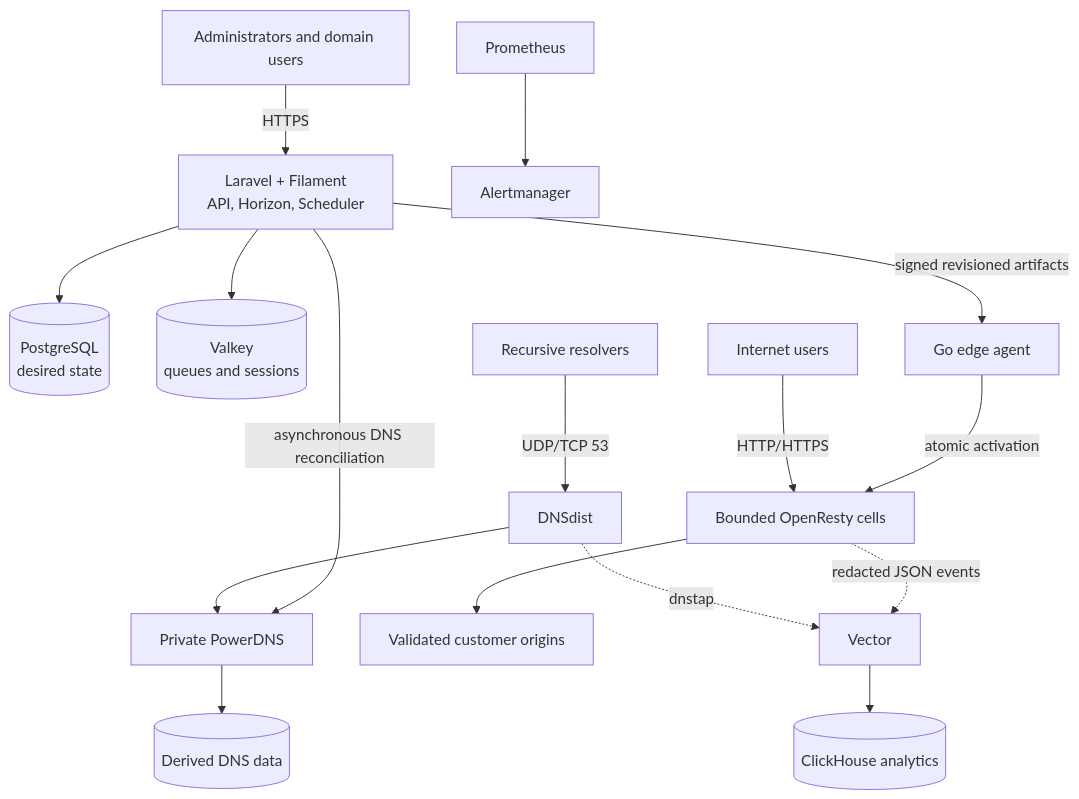
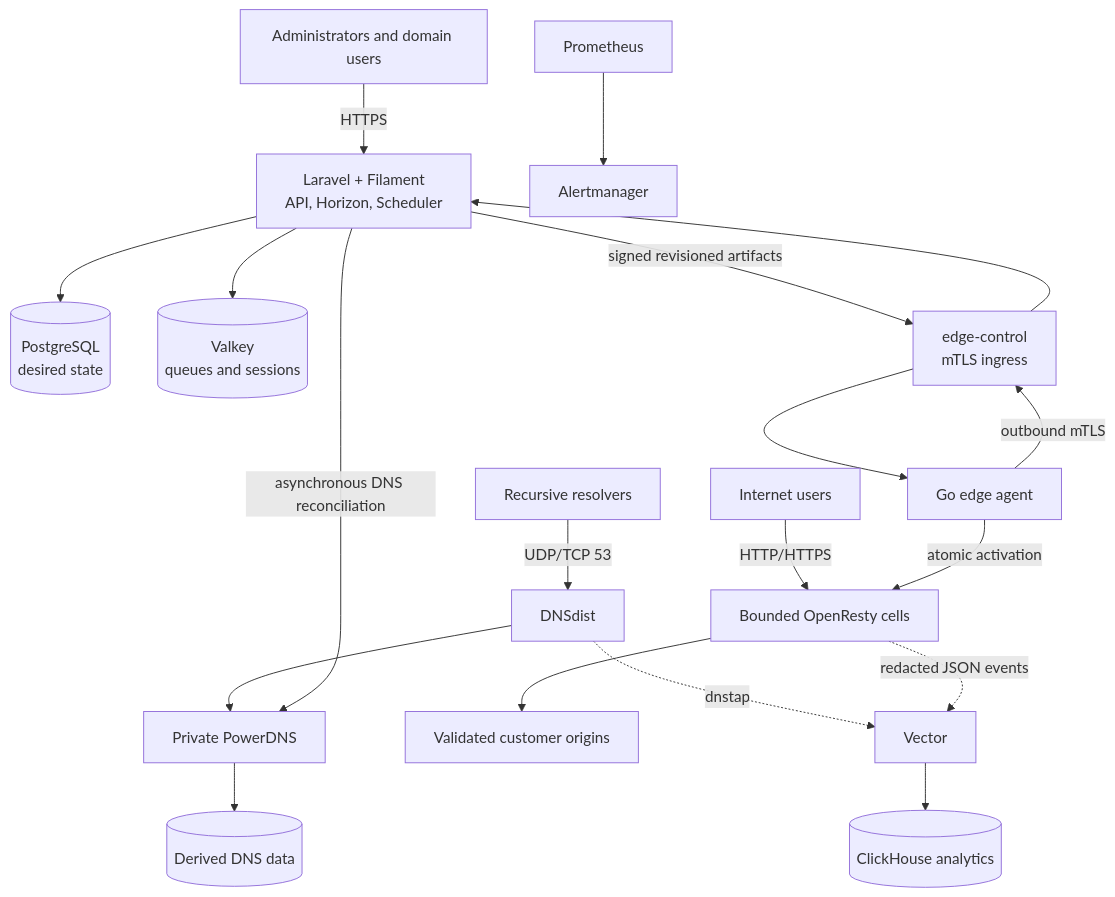
One commit to vaheed/CDNFoundry changed the diagram in README.md. Above: the diagram before and after it, drawn with Mermaid. The commit also changed 8 other files, not shown here.

Commit message:
feat: update CI workflow job name; enhance documentation with edge-control mTLS ingress details and related flowcharts

````diff
--- a/README.md
+++ b/README.md
@@ -52,22 +52,25 @@
 ```mermaid
 flowchart TB
     Operator["Administrators and domain users"] -->|"HTTPS"| Control["Laravel + Filament<br/>API, Horizon, Scheduler"]
     Control --> State[("PostgreSQL<br/>desired state")]
     Control --> Queue[("Valkey<br/>queues and sessions")]
 
     Resolver["Recursive resolvers"] -->|"UDP/TCP 53"| DNSdist["DNSdist"]
     DNSdist --> PowerDNS["Private PowerDNS"]
     PowerDNS --> PDNSDB[("Derived DNS data")]
 
     Visitors["Internet users"] -->|"HTTP/HTTPS"| Edge["Bounded OpenResty cells"]
     Edge --> Origins["Validated customer origins"]
 
     Control -->|"asynchronous DNS reconciliation"| PowerDNS
-    Control -->|"signed revisioned artifacts"| Agent["Go edge agent"]
+    Agent["Go edge agent"] -->|"outbound mTLS"| EdgeControl["edge-control<br/>mTLS ingress"]
+    EdgeControl --> Control
+    Control -->|"signed revisioned artifacts"| EdgeControl
+    EdgeControl --> Agent
     Agent -->|"atomic activation"| Edge
 
     DNSdist -. "dnstap" .-> Vector["Vector"]
     Edge -. "redacted JSON events" .-> Vector
     Vector --> ClickHouse[("ClickHouse analytics")]
     Metrics["Prometheus"] --> Alerts["Alertmanager"]
 ```
````
